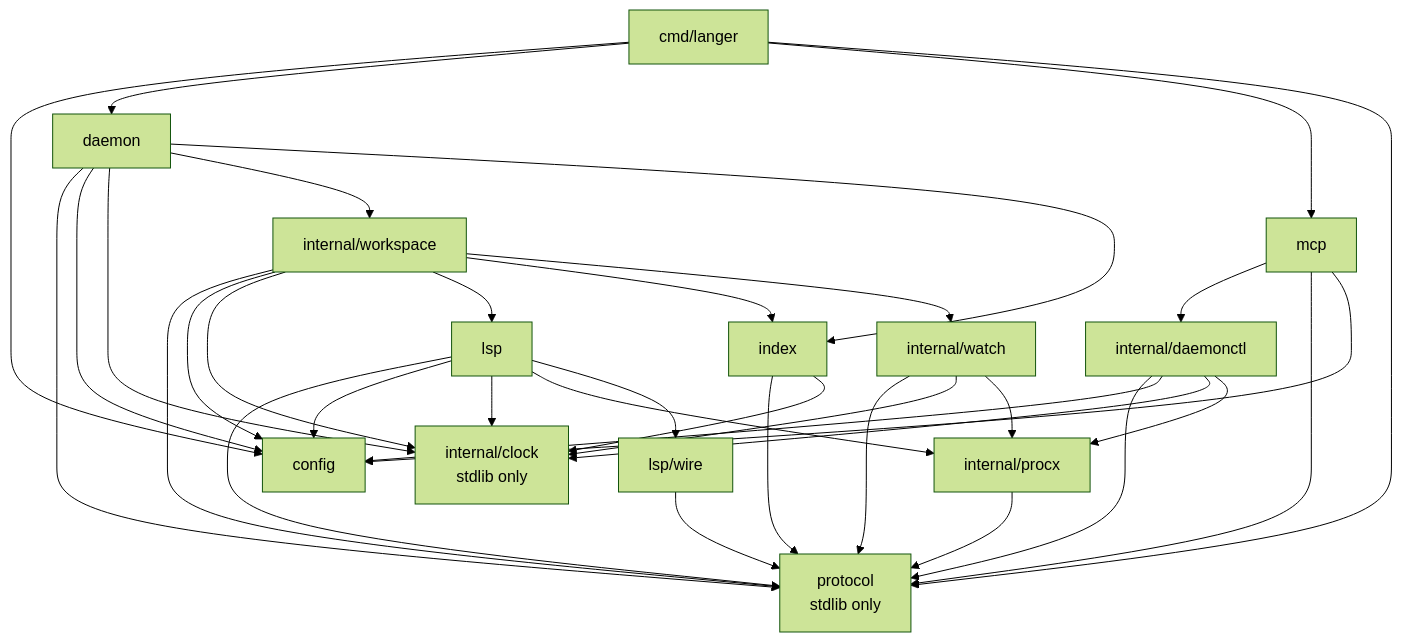
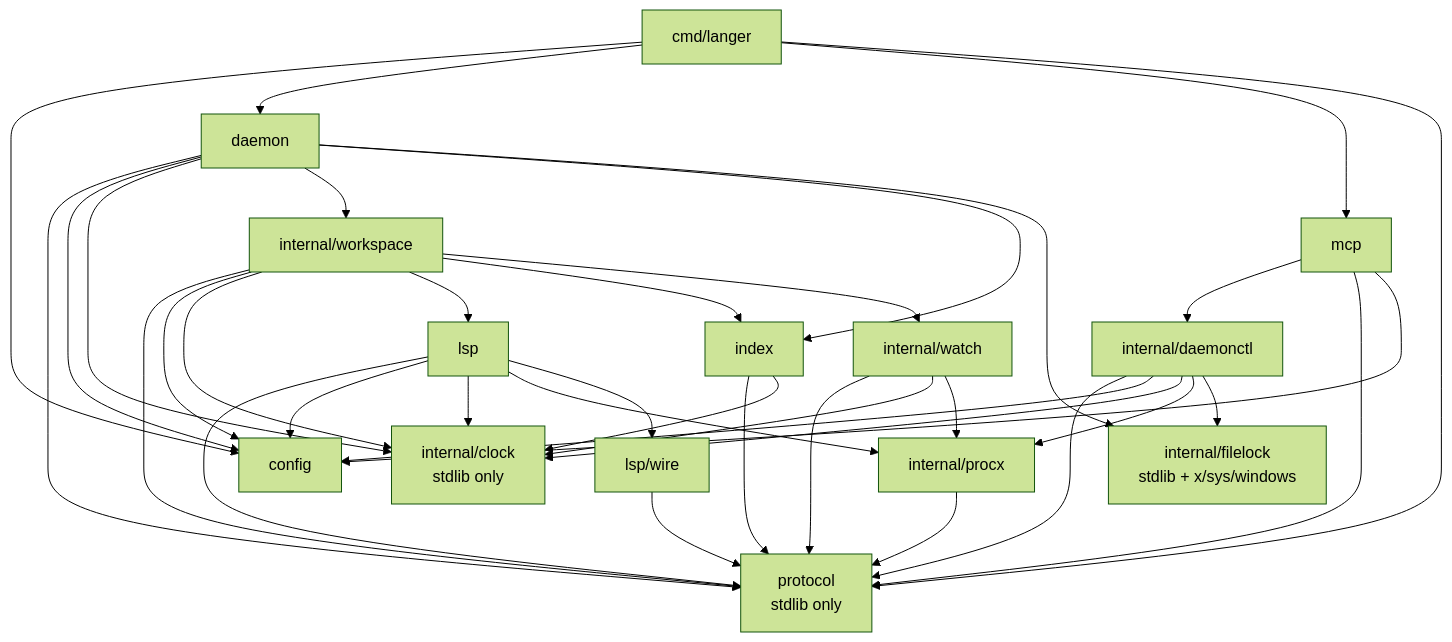
The diagram in docs/ARCHITECTURE.md (fingerskier/langer), drawn with Mermaid (forest theme) before and after one commit. The commit also changed other lines of this file and 27 other files, not shown here.

````diff
--- a/docs/ARCHITECTURE.md
+++ b/docs/ARCHITECTURE.md
@@ -138,48 +141,51 @@
 ```mermaid
 graph TD
   cmd[cmd/langer] --> config
   cmd --> daemon
   cmd --> mcp
   cmd --> protocol
 
   mcp --> daemonctl[internal/daemonctl]
   mcp --> protocol
   mcp --> config
 
   daemonctl --> protocol
   daemonctl --> config
   daemonctl --> clock[internal/clock]
   daemonctl --> procx[internal/procx]
+  daemonctl --> filelock[internal/filelock]
 
   daemon --> protocol
   daemon --> config
   daemon --> clock
   daemon --> workspace[internal/workspace]
   daemon --> index
+  daemon --> filelock
 
   workspace --> protocol
   workspace --> config
   workspace --> clock
   workspace --> lsp
   workspace --> index
   workspace --> watch[internal/watch]
 
   lsp --> protocol
   lsp --> config
   lsp --> clock
   lsp --> procx
   lsp --> wire[lsp/wire]
 
   index --> protocol
   index --> clock
 
   watch --> protocol
   watch --> clock
   watch --> procx
 
   wire --> protocol
   procx --> protocol
 
+  filelock[internal/filelock<br/>stdlib + x/sys/windows]
   clock[internal/clock<br/>stdlib only]
   protocol[protocol<br/>stdlib only]
 ```
````
